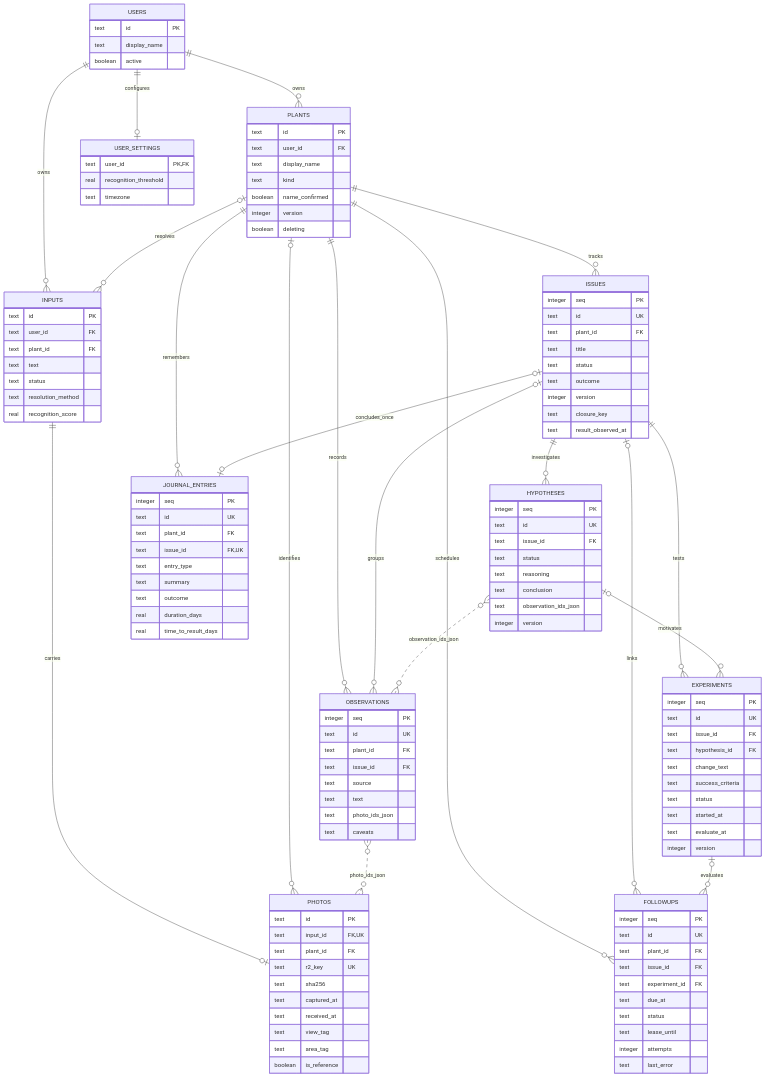
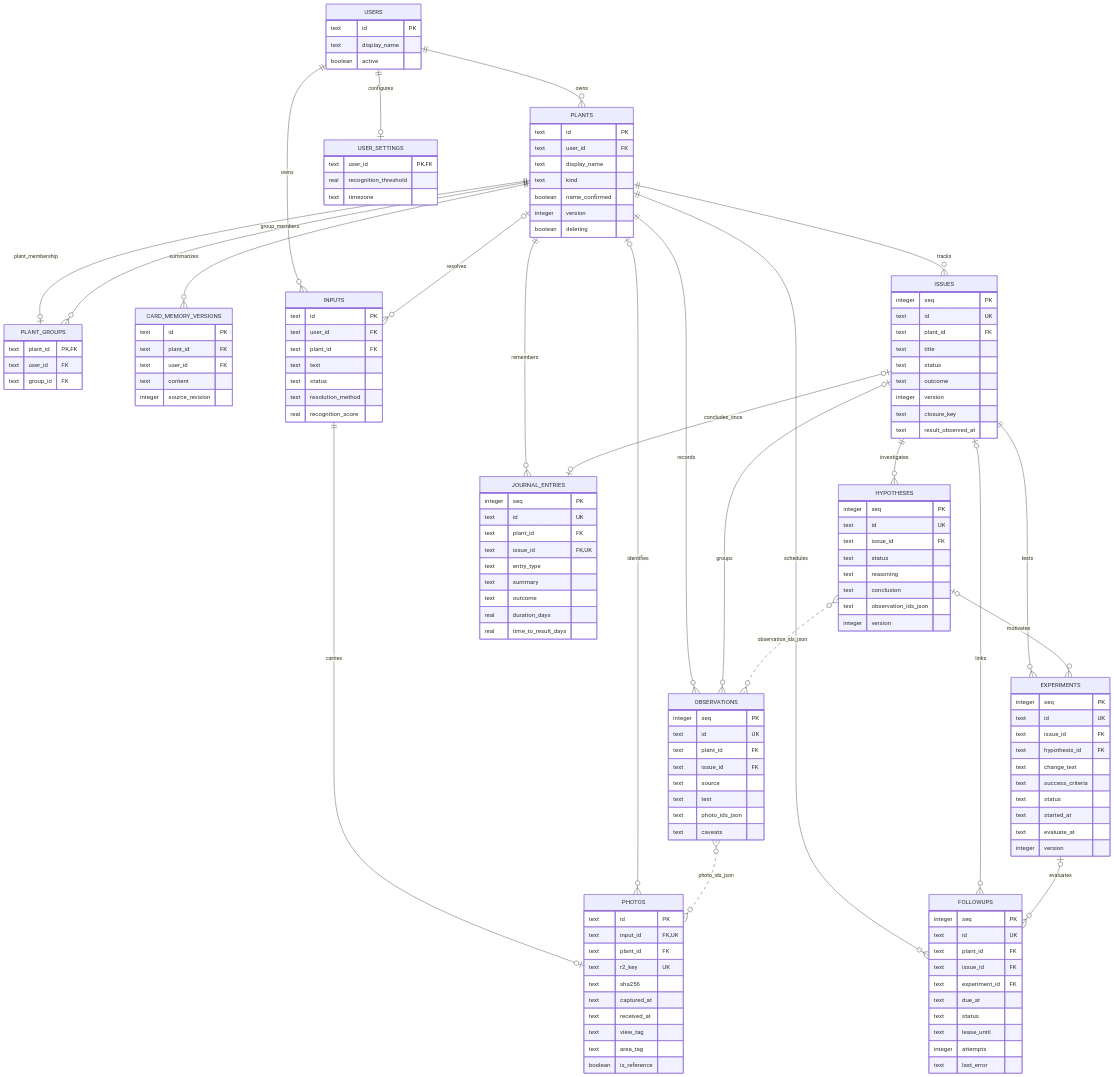
Before and after one commit to nicelight/growkeeper: the diagram in docs/diagrams/04-database-domain.mmd, drawn with Mermaid. The commit also changed 45 other files, not shown here.

Commit message:
Simplify collections to groups and plants; add safe card operations

```diff
--- a/docs/diagrams/04-database-domain.mmd
+++ b/docs/diagrams/04-database-domain.mmd
@@ -1,126 +1,141 @@
 erDiagram
     USERS ||--o{ PLANTS : owns
+    PLANTS ||--o| PLANT_GROUPS : plant_membership
+    PLANTS ||--o{ PLANT_GROUPS : group_members
+    PLANTS ||--o{ CARD_MEMORY_VERSIONS : summarizes
     USERS ||--o{ INPUTS : owns
     USERS ||--o| USER_SETTINGS : configures
     PLANTS o|--o{ INPUTS : resolves
     INPUTS ||--o| PHOTOS : carries
     PLANTS o|--o{ PHOTOS : identifies
     PLANTS ||--o{ ISSUES : tracks
     PLANTS ||--o{ OBSERVATIONS : records
     ISSUES o|--o{ OBSERVATIONS : groups
     ISSUES ||--o{ HYPOTHESES : investigates
     ISSUES ||--o{ EXPERIMENTS : tests
     HYPOTHESES o|--o{ EXPERIMENTS : motivates
     PLANTS ||--o{ FOLLOWUPS : schedules
     ISSUES o|--o{ FOLLOWUPS : links
     EXPERIMENTS o|--o{ FOLLOWUPS : evaluates
     PLANTS ||--o{ JOURNAL_ENTRIES : remembers
     ISSUES o|--o| JOURNAL_ENTRIES : concludes_once
     OBSERVATIONS }o..o{ PHOTOS : photo_ids_json
     HYPOTHESES }o..o{ OBSERVATIONS : observation_ids_json
     USERS {
         text id PK
         text display_name
         boolean active
     }
     USER_SETTINGS {
         text user_id PK,FK
         real recognition_threshold
         text timezone
     }
     PLANTS {
         text id PK
         text user_id FK
         text display_name
         text kind
         boolean name_confirmed
         integer version
         boolean deleting
+    }
+    PLANT_GROUPS {
+        text plant_id PK,FK
+        text user_id FK
+        text group_id FK
+    }
+    CARD_MEMORY_VERSIONS {
+        text id PK
+        text plant_id FK
+        text user_id FK
+        text content
+        integer source_revision
     }
     INPUTS {
         text id PK
         text user_id FK
         text plant_id FK
         text text
         text status
         text resolution_method
         real recognition_score
     }
     PHOTOS {
         text id PK
         text input_id FK,UK
         text plant_id FK
         text r2_key UK
         text sha256
         text captured_at
         text received_at
         text view_tag
         text area_tag
         boolean is_reference
     }
     OBSERVATIONS {
         integer seq PK
         text id UK
         text plant_id FK
         text issue_id FK
         text source
         text text
         text photo_ids_json
         text caveats
     }
     ISSUES {
         integer seq PK
         text id UK
         text plant_id FK
         text title
         text status
         text outcome
         integer version
         text closure_key
         text result_observed_at
     }
     HYPOTHESES {
         integer seq PK
         text id UK
         text issue_id FK
         text status
         text reasoning
         text conclusion
         text observation_ids_json
         integer version
     }
     EXPERIMENTS {
         integer seq PK
         text id UK
         text issue_id FK
         text hypothesis_id FK
         text change_text
         text success_criteria
         text status
         text started_at
         text evaluate_at
         integer version
     }
     FOLLOWUPS {
         integer seq PK
         text id UK
         text plant_id FK
         text issue_id FK
         text experiment_id FK
         text due_at
         text status
         text lease_until
         integer attempts
         text last_error
     }
     JOURNAL_ENTRIES {
         integer seq PK
         text id UK
         text plant_id FK
         text issue_id FK,UK
         text entry_type
         text summary
         text outcome
         real duration_days
         real time_to_result_days
     }
```
